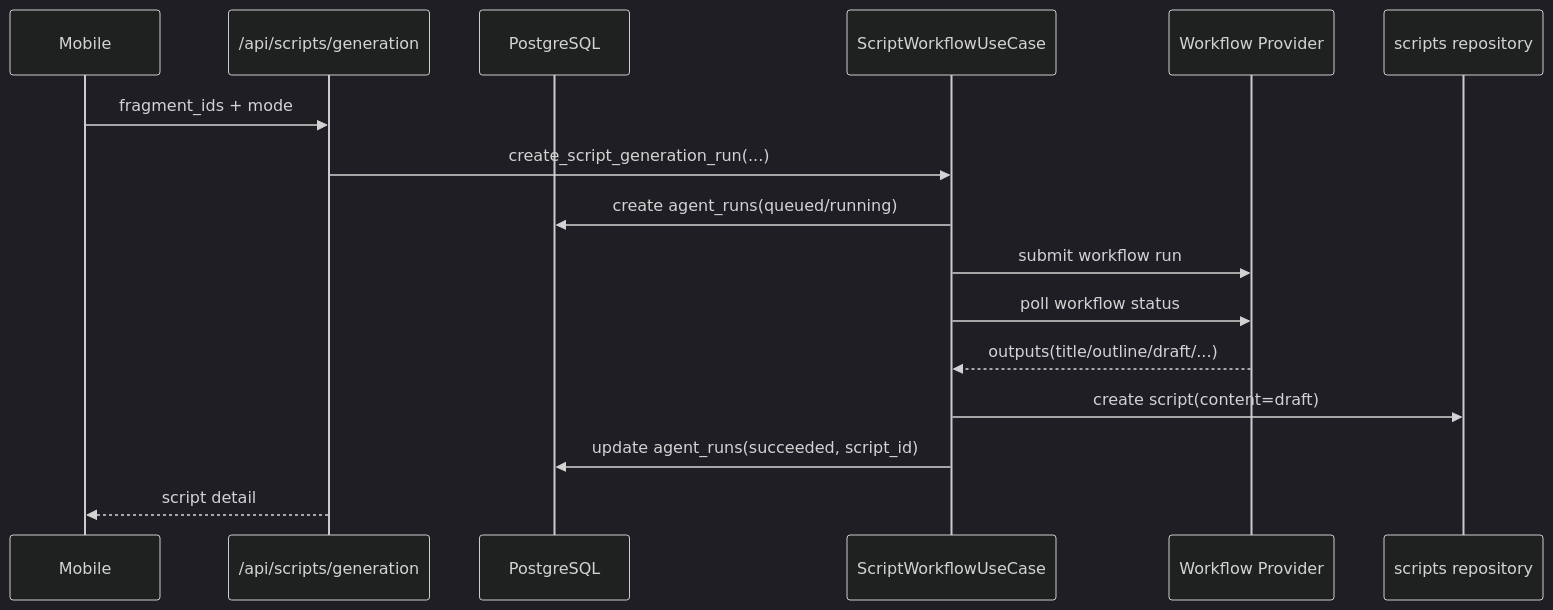
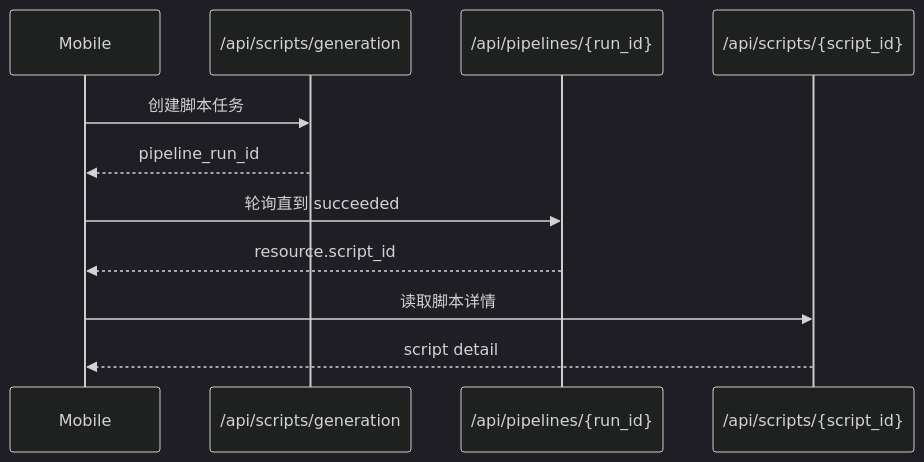
The seventh of 9 diagrams in memory-bank/architecture.md (YCZA2/SparkFlow), drawn with Mermaid (dark theme) before and after one commit. The commit also changed other lines of this file and 32 other files, not shown here.

````diff
--- a/memory-bank/architecture.md
+++ b/memory-bank/architecture.md
@@ -335,19 +333,15 @@
 ```mermaid
 sequenceDiagram
     participant App as Mobile
     participant API as /api/scripts/generation
-    participant DB as PostgreSQL
-    participant AGENT as ScriptWorkflowUseCase
-    participant WFP as Workflow Provider
-    participant SCRIPT as scripts repository
+    participant API as /api/scripts/generation
+    participant PIPE as /api/pipelines/{run_id}
+    participant SCRIPT as /api/scripts/{script_id}
 
-    App->>API: fragment_ids + mode
-    API->>AGENT: create_script_generation_run(...)
-    AGENT->>DB: create agent_runs(queued/running)
-    AGENT->>WFP: submit workflow run
-    AGENT->>WFP: poll workflow status
-    WFP-->>AGENT: outputs(title/outline/draft/...)
-    AGENT->>SCRIPT: create script(content=draft)
-    AGENT->>DB: update agent_runs(succeeded, script_id)
-    API-->>App: script detail
+    App->>API: 创建脚本任务
+    API-->>App: pipeline_run_id
+    App->>PIPE: 轮询直到 succeeded
+    PIPE-->>App: resource.script_id
+    App->>SCRIPT: 读取脚本详情
+    SCRIPT-->>App: script detail
 ```
````
